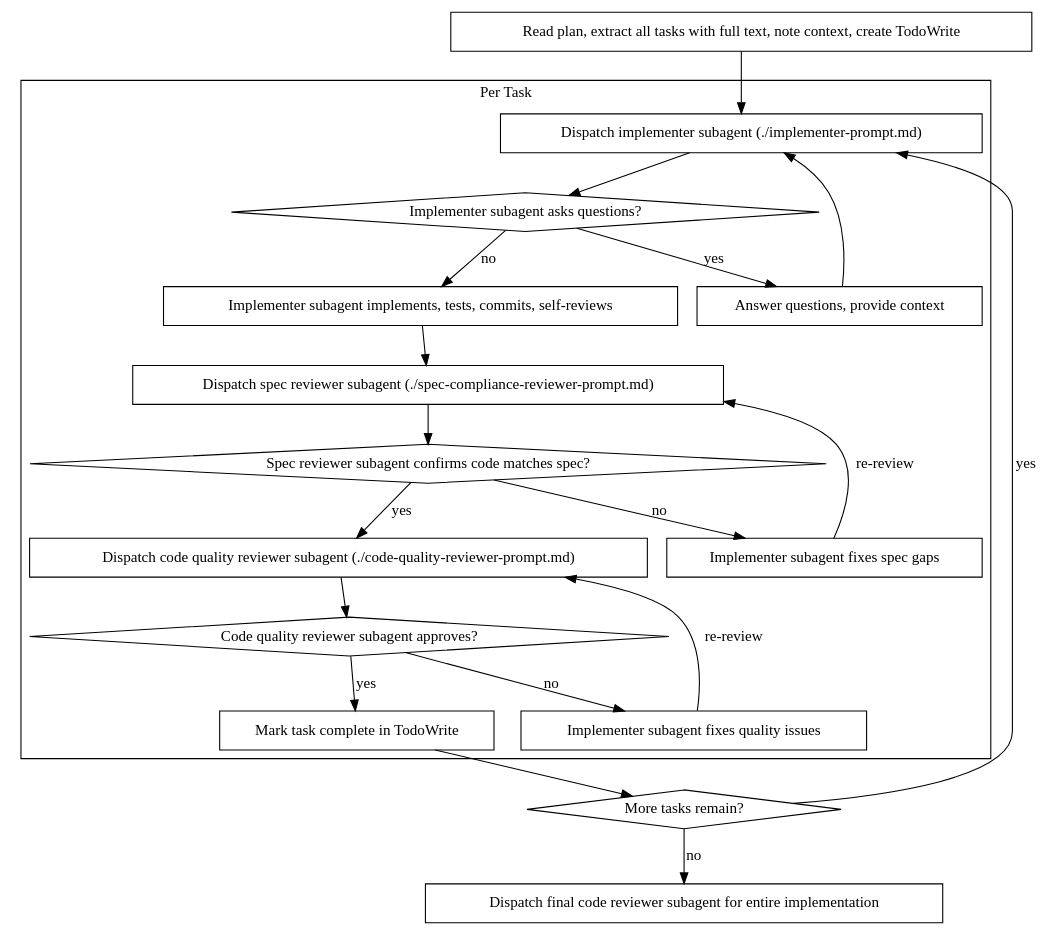
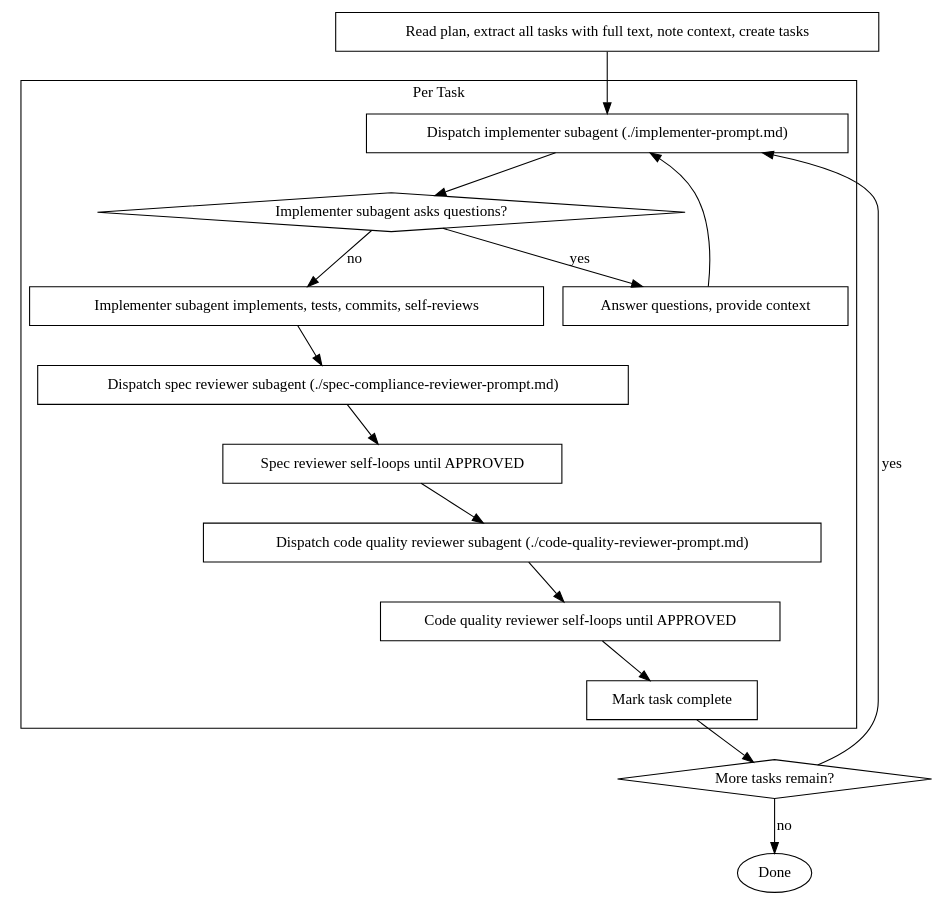
One commit to Yongbeom-Kim/personal-claude-code changed the diagram in development/skills/subagent-driven-execution/SKILL.md. Above: the diagram before and after it, drawn with Graphviz. The commit also changed other lines of this file and 11 other files, not shown here.

First line of the commit message:
refactor(skills): flatten review subagents from nested orchestration to self-looping

````diff
--- a/development/skills/subagent-driven-execution/SKILL.md
+++ b/development/skills/subagent-driven-execution/SKILL.md
@@ -18,42 +18,35 @@
 ```dot
 digraph process {
     rankdir=TB;
 
     subgraph cluster_per_task {
         label="Per Task";
         "Dispatch implementer subagent (./implementer-prompt.md)" [shape=box];
         "Implementer subagent asks questions?" [shape=diamond];
         "Answer questions, provide context" [shape=box];
         "Implementer subagent implements, tests, commits, self-reviews" [shape=box];
         "Dispatch spec reviewer subagent (./spec-compliance-reviewer-prompt.md)" [shape=box];
-        "Spec reviewer subagent confirms code matches spec?" [shape=diamond];
-        "Implementer subagent fixes spec gaps" [shape=box];
+        "Spec reviewer self-loops until APPROVED" [shape=box];
         "Dispatch code quality reviewer subagent (./code-quality-reviewer-prompt.md)" [shape=box];
-        "Code quality reviewer subagent approves?" [shape=diamond];
-        "Implementer subagent fixes quality issues" [shape=box];
-        "Mark task complete in TodoWrite" [shape=box];
+        "Code quality reviewer self-loops until APPROVED" [shape=box];
+        "Mark task complete" [shape=box];
     }
 
-    "Read plan, extract all tasks with full text, note context, create TodoWrite" [shape=box];
+    "Read plan, extract all tasks with full text, note context, create tasks" [shape=box];
     "More tasks remain?" [shape=diamond];
-    "Dispatch final code reviewer subagent for entire implementation" [shape=box];
 
-    "Read plan, extract all tasks with full text, note context, create TodoWrite" -> "Dispatch implementer subagent (./implementer-prompt.md)";
+    "Read plan, extract all tasks with full text, note context, create tasks" -> "Dispatch implementer subagent (./implementer-prompt.md)";
     "Dispatch implementer subagent (./implementer-prompt.md)" -> "Implementer subagent asks questions?";
     "Implementer subagent asks questions?" -> "Answer questions, provide context" [label="yes"];
     "Answer questions, provide context" -> "Dispatch implementer subagent (./implementer-prompt.md)";
     "Implementer subagent asks questions?" -> "Implementer subagent implements, tests, commits, self-reviews" [label="no"];
     "Implementer subagent implements, tests, commits, self-reviews" -> "Dispatch spec reviewer subagent (./spec-compliance-reviewer-prompt.md)";
-    "Dispatch spec reviewer subagent (./spec-compliance-reviewer-prompt.md)" -> "Spec reviewer subagent confirms code matches spec?";
-    "Spec reviewer subagent confirms code matches spec?" -> "Implementer subagent fixes spec gaps" [label="no"];
-    "Implementer subagent fixes spec gaps" -> "Dispatch spec reviewer subagent (./spec-compliance-reviewer-prompt.md)" [label="re-review"];
-    "Spec reviewer subagent confirms code matches spec?" -> "Dispatch code quality reviewer subagent (./code-quality-reviewer-prompt.md)" [label="yes"];
-    "Dispatch code quality reviewer subagent (./code-quality-reviewer-prompt.md)" -> "Code quality reviewer subagent approves?";
-    "Code quality reviewer subagent approves?" -> "Implementer subagent fixes quality issues" [label="no"];
-    "Implementer subagent fixes quality issues" -> "Dispatch code quality reviewer subagent (./code-quality-reviewer-prompt.md)" [label="re-review"];
-    "Code quality reviewer subagent approves?" -> "Mark task complete in TodoWrite" [label="yes"];
-    "Mark task complete in TodoWrite" -> "More tasks remain?";
+    "Dispatch spec reviewer subagent (./spec-compliance-reviewer-prompt.md)" -> "Spec reviewer self-loops until APPROVED";
+    "Spec reviewer self-loops until APPROVED" -> "Dispatch code quality reviewer subagent (./code-quality-reviewer-prompt.md)";
+    "Dispatch code quality reviewer subagent (./code-quality-reviewer-prompt.md)" -> "Code quality reviewer self-loops until APPROVED";
+    "Code quality reviewer self-loops until APPROVED" -> "Mark task complete";
+    "Mark task complete" -> "More tasks remain?";
     "More tasks remain?" -> "Dispatch implementer subagent (./implementer-prompt.md)" [label="yes"];
-    "More tasks remain?" -> "Dispatch final code reviewer subagent for entire implementation" [label="no"];
+    "More tasks remain?" -> "Done" [label="no"];
 }
 ```
````
